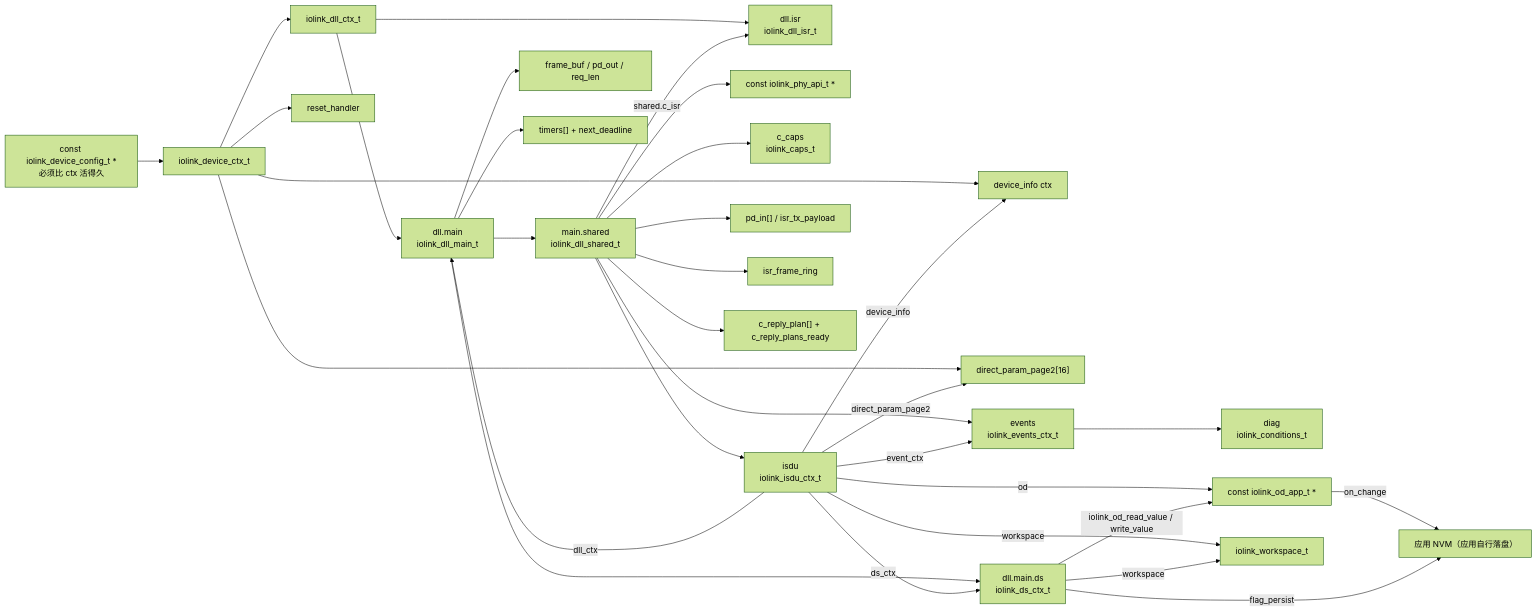
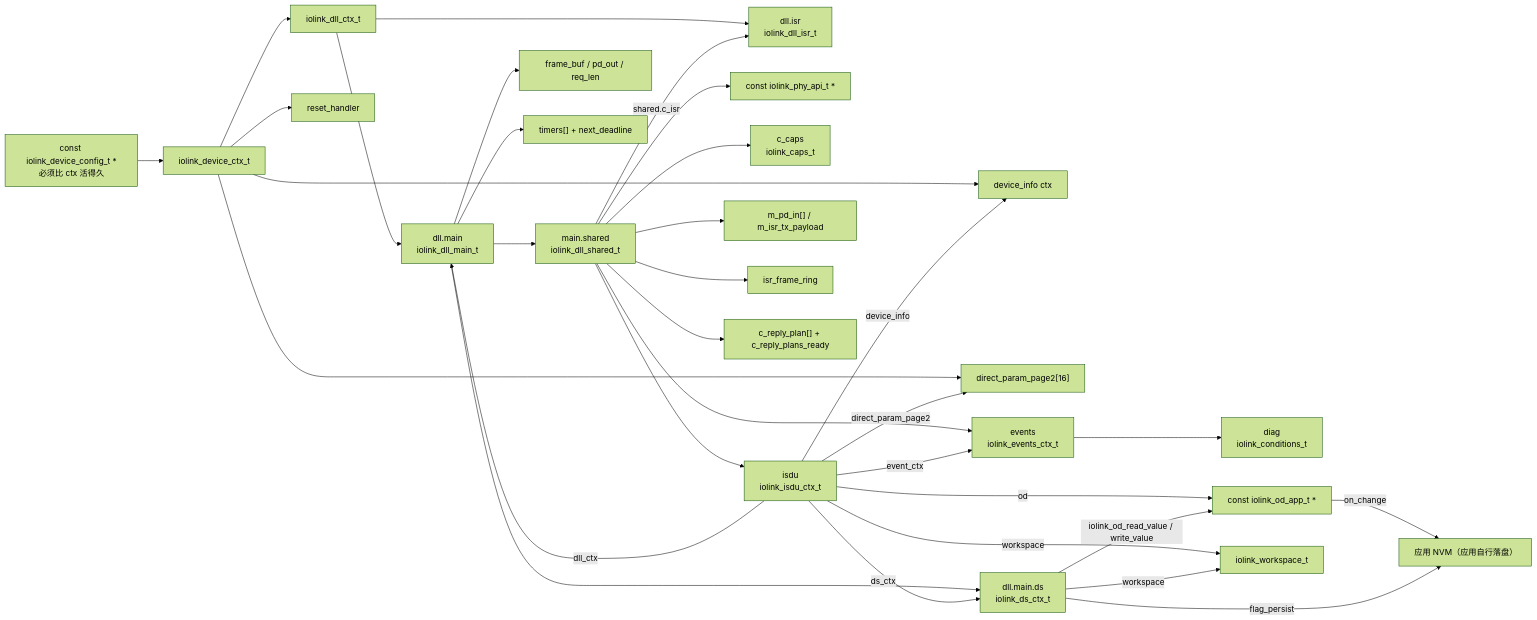
One commit to Adlyq/iolinki changed the second of 17 diagrams in docs/CODE_FLOW.md. Above: the diagram before and after it, drawn with Mermaid (forest theme). The commit also changed other lines of this file and 30 other files, not shown here.

````diff
--- a/docs/CODE_FLOW.md
+++ b/docs/CODE_FLOW.md
@@ -163,37 +163,37 @@
 ```mermaid
 flowchart LR
     CFG["const iolink_device_config_t *<br/>必须比 ctx 活得久"] --> DEV["iolink_device_ctx_t"]
     DEV --> DLL["iolink_dll_ctx_t"]
     DEV --> DI["device_info ctx"]
     DEV --> RH["reset_handler"]
     DEV --> P2["direct_param_page2[16]"]
 
     DLL --> MAIN["dll.main<br/>iolink_dll_main_t"]
     DLL --> ISR["dll.isr<br/>iolink_dll_isr_t"]
     MAIN --> SH["main.shared<br/>iolink_dll_shared_t"]
     SH -->|"shared.c_isr"| ISR
 
     SH --> PHY["const iolink_phy_api_t *"]
     SH --> CAP["c_caps<br/>iolink_caps_t"]
     SH --> ISDU["isdu<br/>iolink_isdu_ctx_t"]
     SH --> EV["events<br/>iolink_events_ctx_t"]
-    SH --> BUF["pd_in[] / isr_tx_payload"]
+    SH --> BUF["m_pd_in[] / m_isr_tx_payload"]
     SH --> RING["isr_frame_ring"]
     SH --> PLAN["c_reply_plan[] + c_reply_plans_ready"]
     MAIN --> DS["dll.main.ds<br/>iolink_ds_ctx_t"]
     MAIN --> FB["frame_buf / pd_out / req_len"]
     MAIN --> TMR["timers[] + next_deadline"]
     EV --> COND["diag<br/>iolink_conditions_t"]
 
     ISDU -->|ds_ctx| DS
     ISDU -->|event_ctx| EV
     ISDU -->|dll_ctx| MAIN
     ISDU -->|od| OD["const iolink_od_app_t *"]
     ISDU -->|device_info| DI
     ISDU -->|direct_param_page2| P2
     ISDU -->|workspace| WS["iolink_workspace_t"]
     DS -->|workspace| WS
     DS -->|"iolink_od_read_value / write_value"| OD
     OD -->|"on_change"| NVM["应用 NVM（应用自行落盘）"]
     DS -->|flag_persist| NVM
 ```
````
